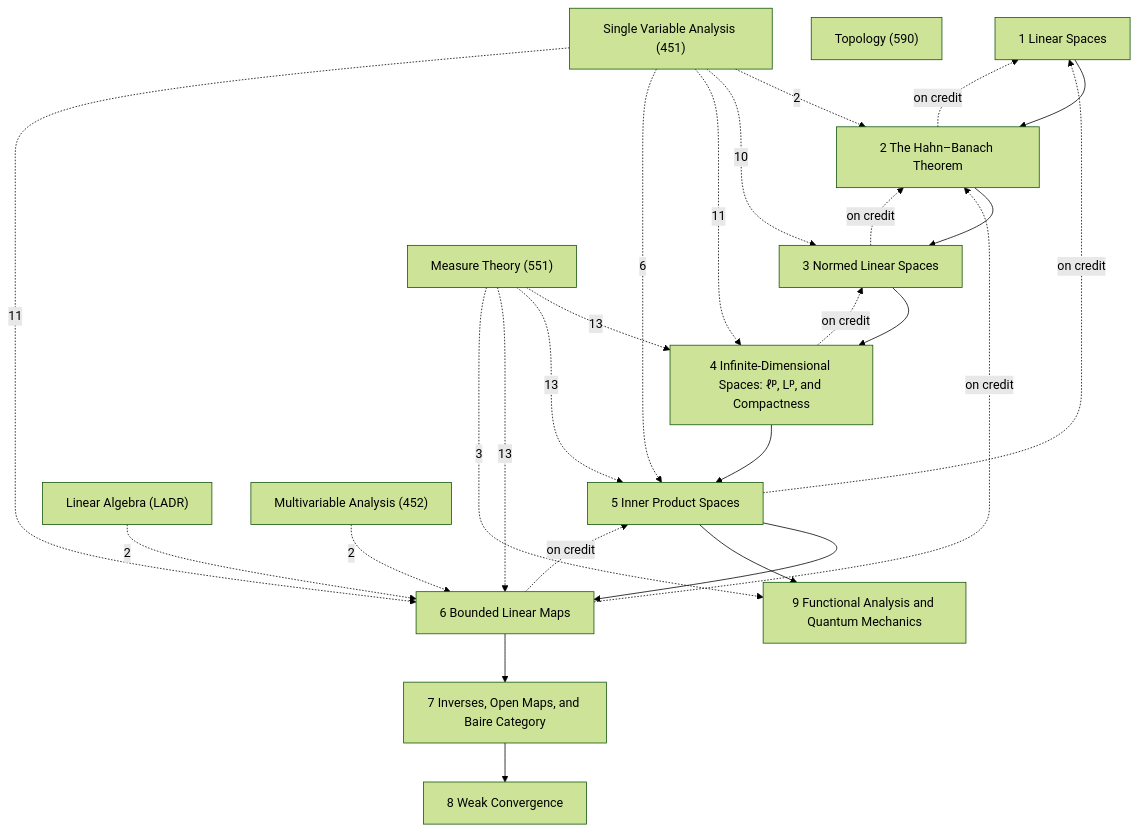
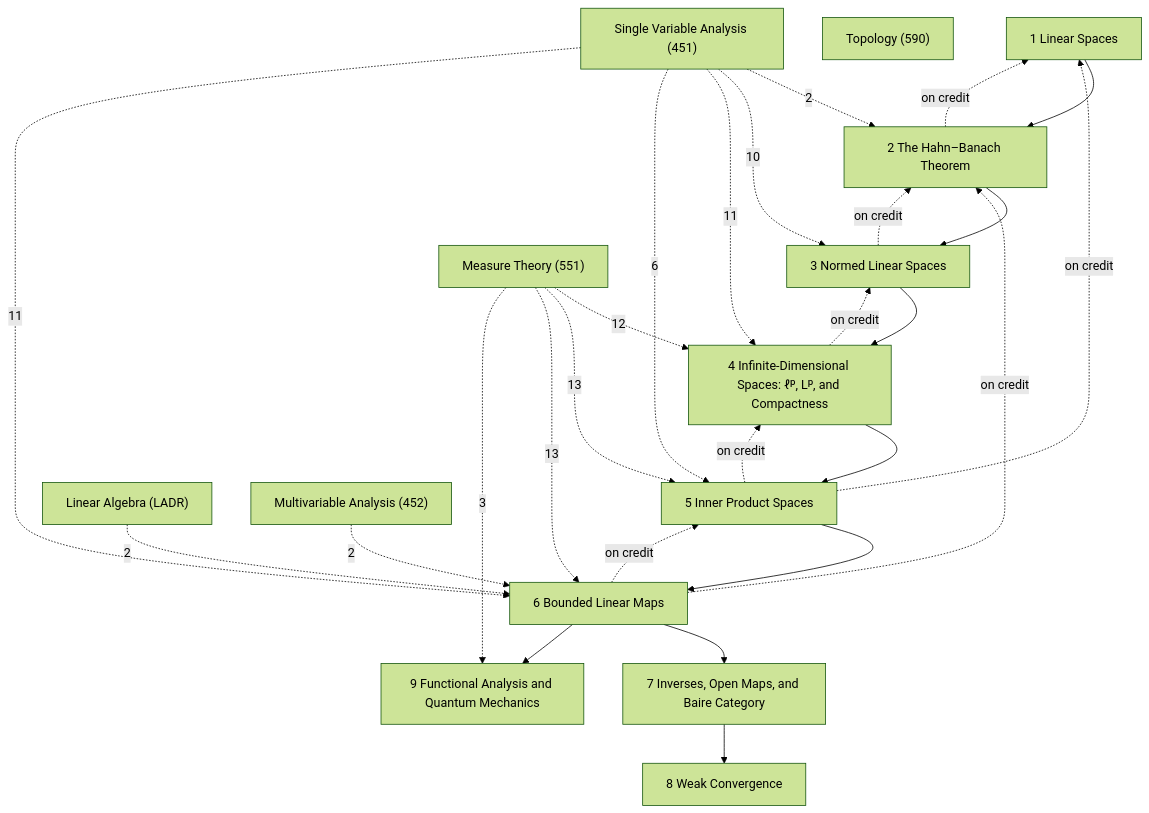
One commit to Onion20040508/notes changed the diagram in Math/Functional Analysis/Functional Analysis.md. Above: the diagram before and after it, drawn with Mermaid (forest theme). The commit also changed other lines of this file and 352 other files, not shown here.

````diff
--- a/Math/Functional Analysis/Functional Analysis.md
+++ b/Math/Functional Analysis/Functional Analysis.md
@@ -33,42 +33,43 @@
 ```mermaid
 graph TD
   C1["1 Linear Spaces"]
   C2["2 The Hahn–Banach Theorem"]
   C3["3 Normed Linear Spaces"]
   C4["4 Infinite-Dimensional Spaces: ℓᵖ, Lᵖ, and Compactness"]
   C5["5 Inner Product Spaces"]
   C6["6 Bounded Linear Maps"]
   C7["7 Inverses, Open Maps, and Baire Category"]
   C8["8 Weak Convergence"]
   C9["9 Functional Analysis and Quantum Mechanics"]
   X1["Linear Algebra (LADR)"]
   X2["Measure Theory (551)"]
   X3["Topology (590)"]
   X4["Single Variable Analysis (451)"]
   X5["Multivariable Analysis (452)"]
   C1 --> C2
   C2 --> C3
   C3 --> C4
   C4 --> C5
   C5 --> C6
-  C5 --> C9
   C6 --> C7
+  C6 --> C9
   C7 --> C8
   C2 -.->|on credit| C1
   C3 -.->|on credit| C2
   C4 -.->|on credit| C3
   C5 -.->|on credit| C1
+  C5 -.->|on credit| C4
   C6 -.->|on credit| C2
   C6 -.->|on credit| C5
   X1 -.->|2| C6
-  X2 -.->|13| C4
+  X2 -.->|12| C4
   X2 -.->|13| C5
   X2 -.->|13| C6
   X2 -.->|3| C9
   X5 -.->|2| C6
   X4 -.->|2| C2
   X4 -.->|10| C3
   X4 -.->|11| C4
   X4 -.->|6| C5
   X4 -.->|11| C6
 ```
````
